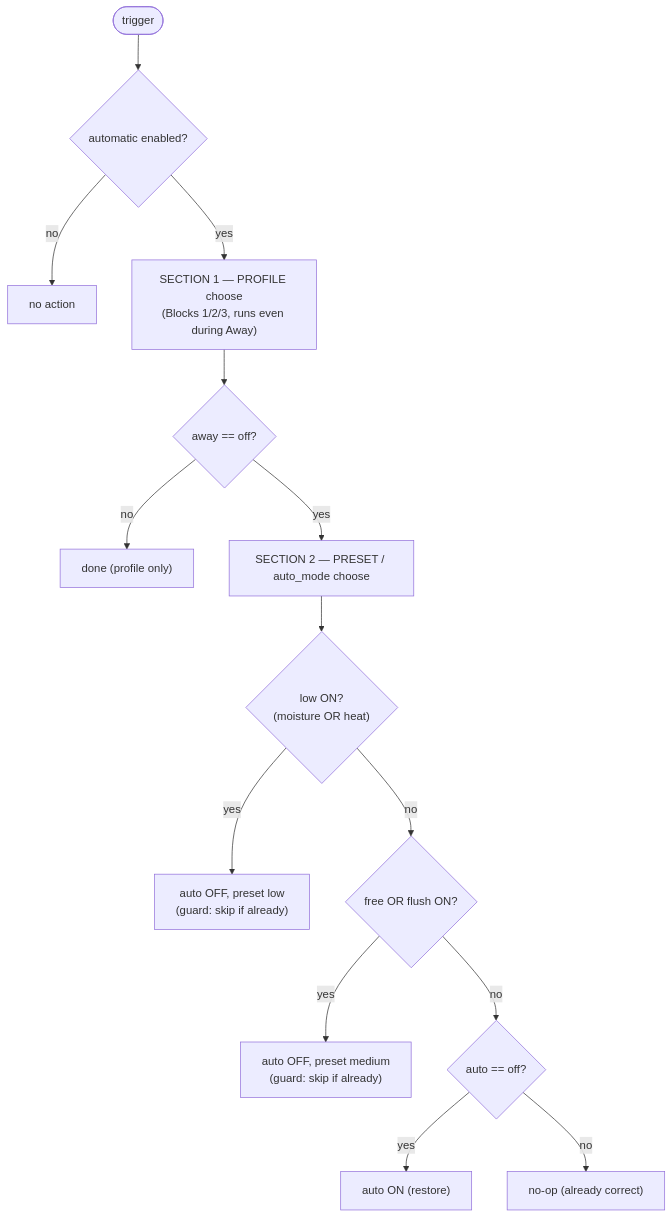
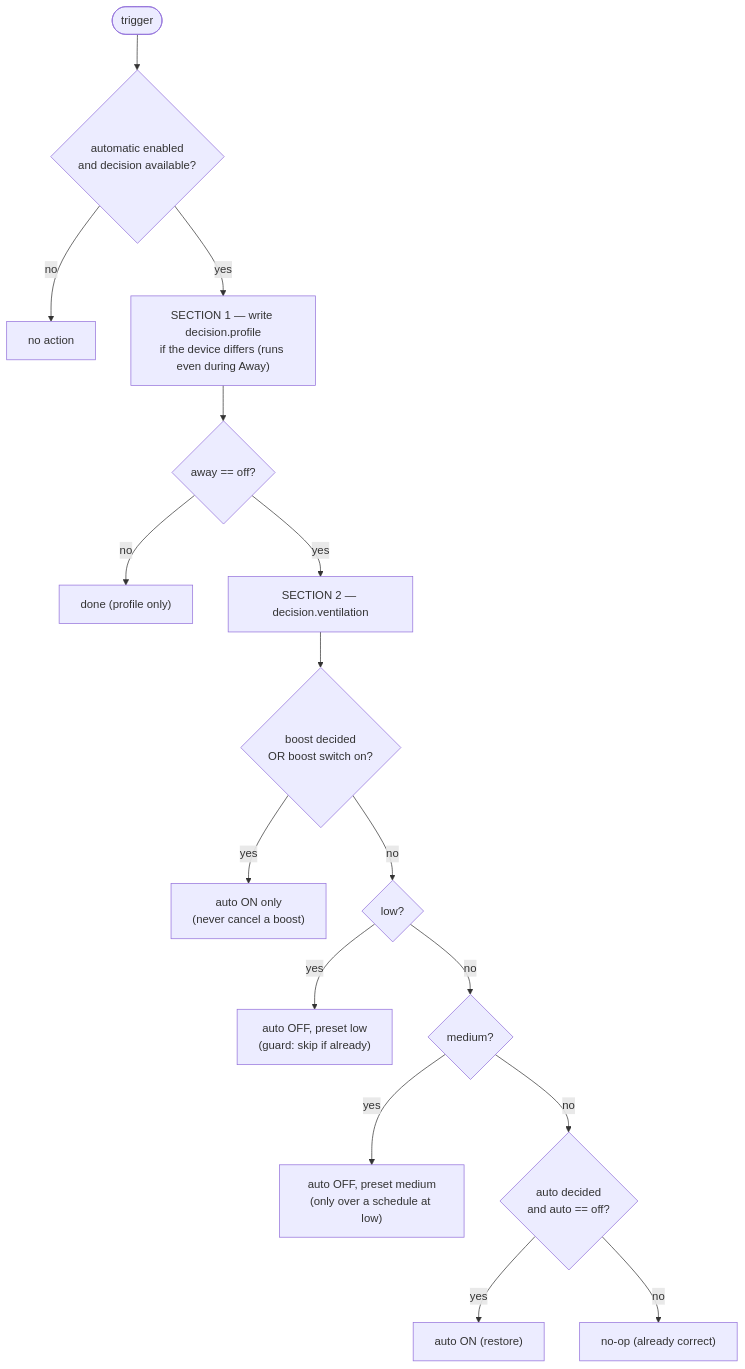
The fourth of 4 diagrams in plans/airflow-cooling-architecture.md (mikopp/homeassistent-config), drawn with Mermaid before and after one commit. The commit also changed other lines of this file and 8 other files, not shown here.

First line of the commit message:
refactor(airflow): make airflow_cooling_state the single decision (fixes free cooling in active heating) (#131)

````diff
--- a/plans/airflow-cooling-architecture.md
+++ b/plans/airflow-cooling-architecture.md
@@ -373,16 +365,18 @@
 ```mermaid
 flowchart TD
-    T(["trigger"]) --> AUTO{"automatic enabled?"}
+    T(["trigger"]) --> AUTO{"automatic enabled<br/>and decision available?"}
     AUTO -- no --> NOOP["no action"]
-    AUTO -- yes --> S1["SECTION 1 — PROFILE choose<br/>(Blocks 1/2/3, runs even during Away)"]
+    AUTO -- yes --> S1["SECTION 1 — write decision.profile<br/>if the device differs (runs even during Away)"]
     S1 --> AWAY{"away == off?"}
     AWAY -- no --> END["done (profile only)"]
-    AWAY -- yes --> S2["SECTION 2 — PRESET / auto_mode choose"]
-    S2 --> LO{"low ON?<br/>(moisture OR heat)"}
+    AWAY -- yes --> S2["SECTION 2 — decision.ventilation"]
+    S2 --> BO{"boost decided<br/>OR boost switch on?"}
+    BO -- yes --> SB["auto ON only<br/>(never cancel a boost)"]
+    BO -- no --> LO{"low?"}
     LO -- yes --> SL["auto OFF, preset low<br/>(guard: skip if already)"]
-    LO -- no --> FF{"free OR flush ON?"}
-    FF -- yes --> SM["auto OFF, preset medium<br/>(guard: skip if already)"]
-    FF -- no --> RST{"auto == off?"}
+    LO -- no --> FF{"medium?"}
+    FF -- yes --> SM["auto OFF, preset medium<br/>(only over a schedule at low)"]
+    FF -- no --> RST{"auto decided<br/>and auto == off?"}
     RST -- yes --> RA["auto ON (restore)"]
     RST -- no --> NO2["no-op (already correct)"]
 ```
````
